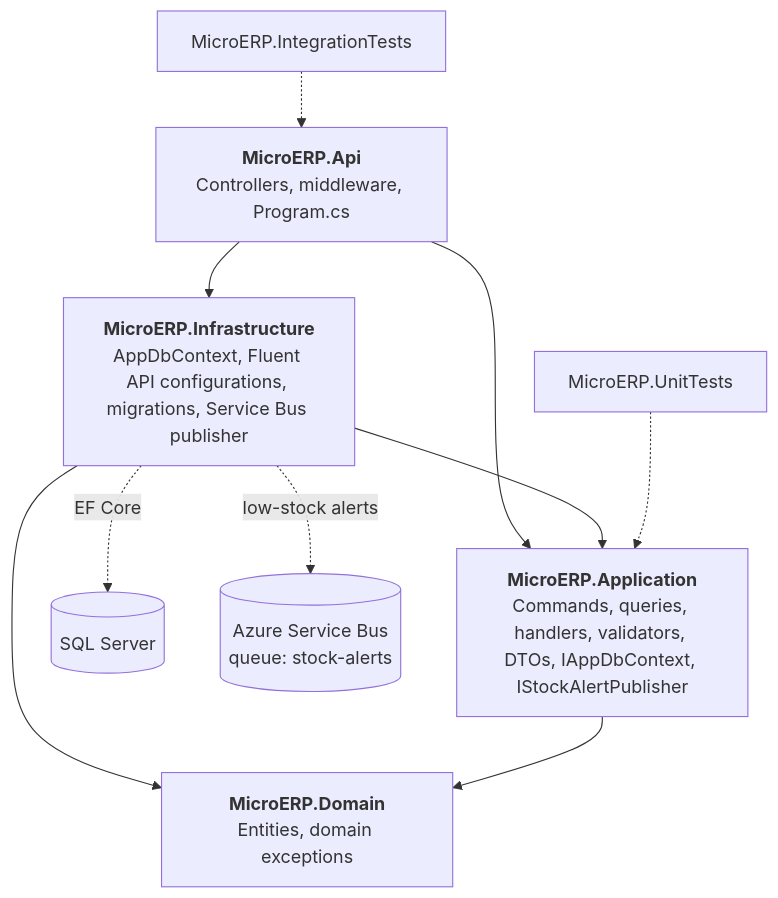
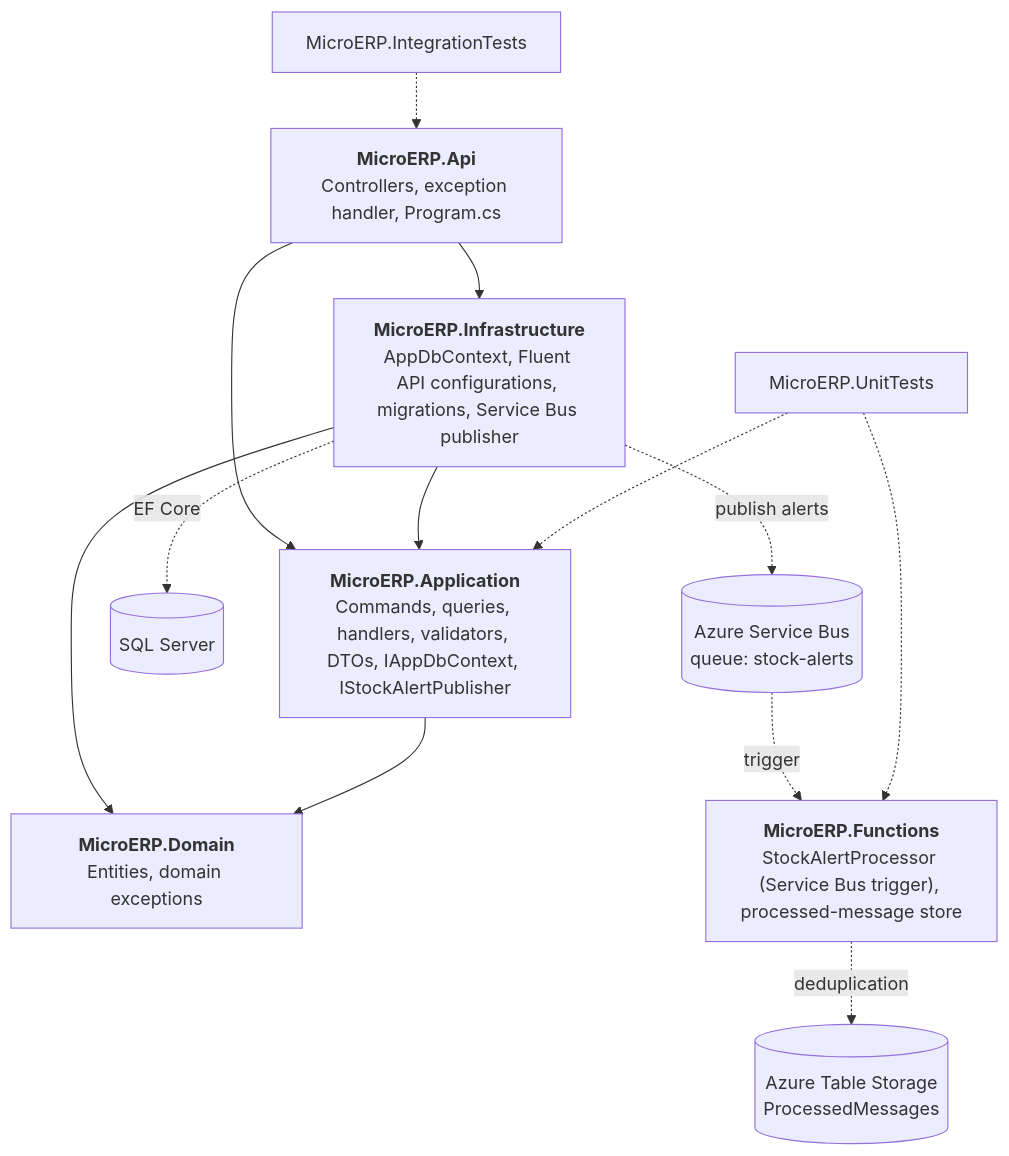
One commit to Nerso1/MicroERP changed the first of 4 diagrams in README.md. Above: the diagram before and after it, drawn with Mermaid. The commit also changed other lines of this file, not shown here.

Commit message:
docs: document local Azure Functions setup in README

````diff
--- a/README.md
+++ b/README.md
@@ -97,20 +128,25 @@
 ```mermaid
 flowchart TD
-    Api["<b>MicroERP.Api</b><br/>Controllers, middleware, Program.cs"]
+    Api["<b>MicroERP.Api</b><br/>Controllers, exception handler, Program.cs"]
     Infrastructure["<b>MicroERP.Infrastructure</b><br/>AppDbContext, Fluent API configurations, migrations, Service Bus publisher"]
     Application["<b>MicroERP.Application</b><br/>Commands, queries, handlers, validators, DTOs, IAppDbContext, IStockAlertPublisher"]
     Domain["<b>MicroERP.Domain</b><br/>Entities, domain exceptions"]
+    Functions["<b>MicroERP.Functions</b><br/>StockAlertProcessor (Service Bus trigger), processed-message store"]
     Database[("SQL Server")]
     ServiceBus[("Azure Service Bus<br/>queue: stock-alerts")]
+    Tables[("Azure Table Storage<br/>ProcessedMessages")]
     Infrastructure -. "EF Core" .-> Database
-    Infrastructure -. "low-stock alerts" .-> ServiceBus
+    Infrastructure -. "publish alerts" .-> ServiceBus
+    ServiceBus -. "trigger" .-> Functions
+    Functions -. "deduplication" .-> Tables
 
     Api --> Application
     Api --> Infrastructure
     Infrastructure --> Application
     Infrastructure --> Domain
     Application --> Domain
 
     UnitTests["MicroERP.UnitTests"] -.-> Application
+    UnitTests -.-> Functions
     IntegrationTests["MicroERP.IntegrationTests"] -.-> Api
 ```
````
